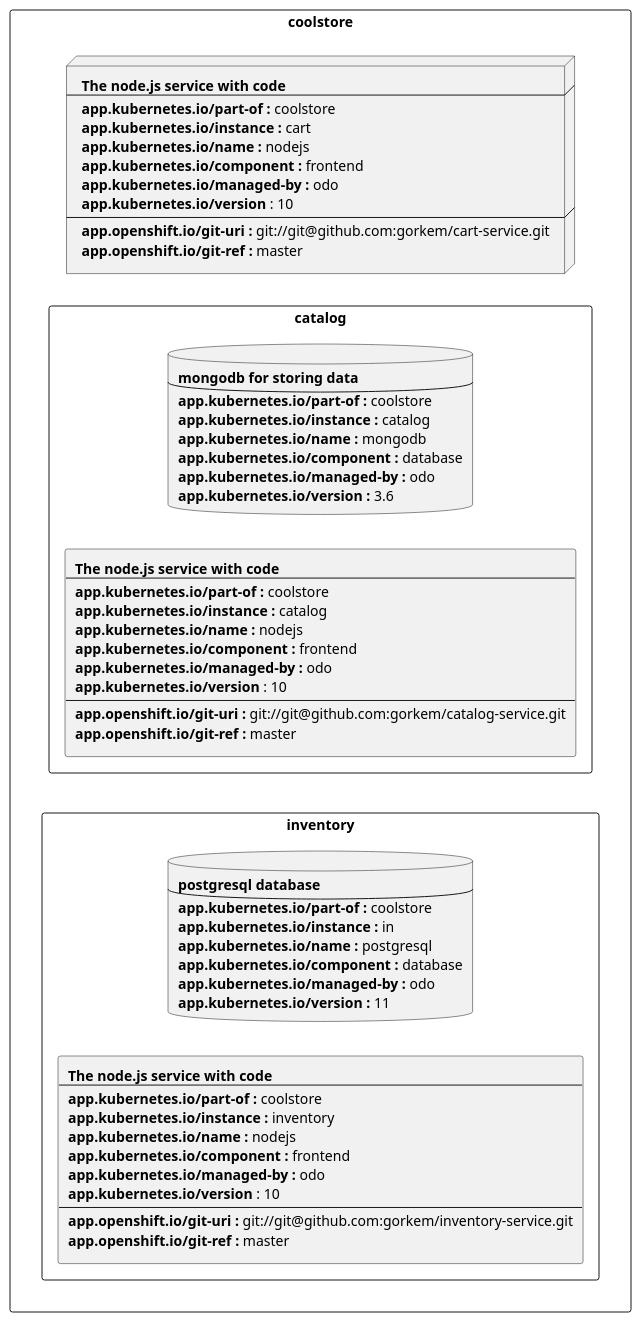
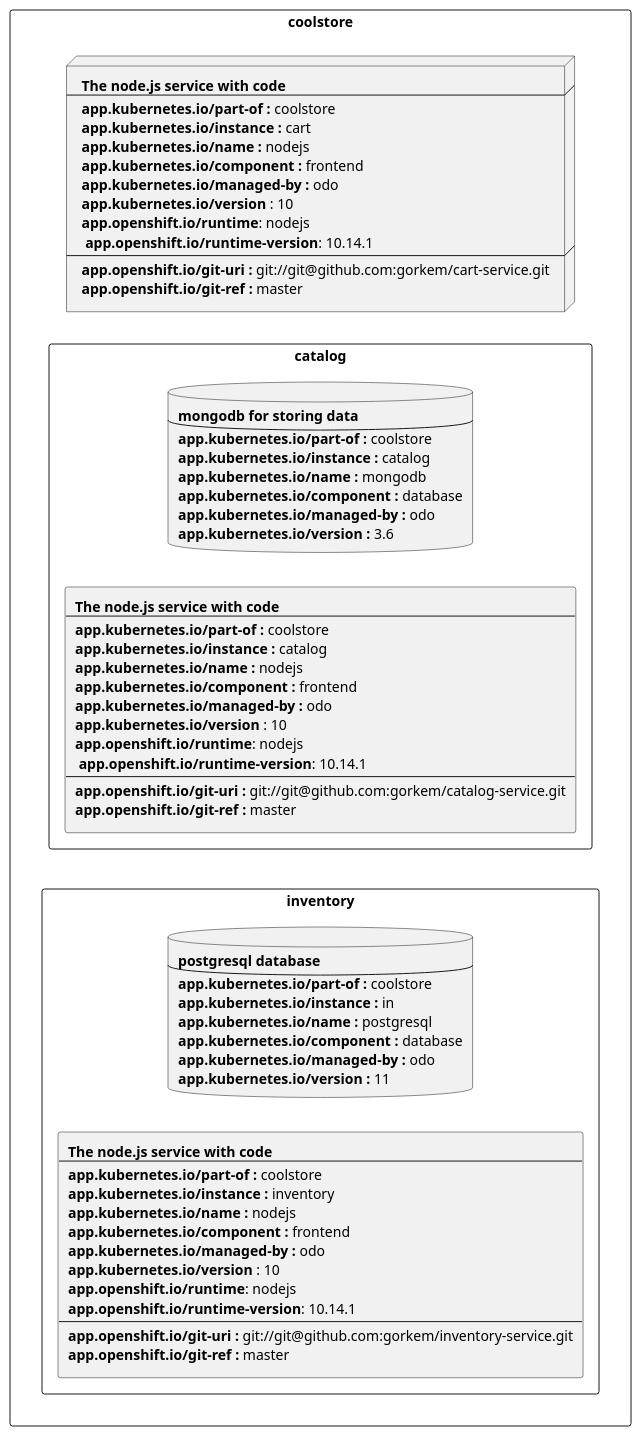
The second of 2 diagrams in labels-annotation-for-openshift.adoc (redhat-developer/app-labels), drawn with PlantUML before and after one commit. The commit also changed other lines of this file, not shown here.

```diff
--- a/labels-annotation-for-openshift.adoc
+++ b/labels-annotation-for-openshift.adoc
@@ -158,6 +170,8 @@
                     <b>app.kubernetes.io/component :</b> frontend
                     <b>app.kubernetes.io/managed-by :</b> odo
                     <b>app.kubernetes.io/version</b> : 10
+                    <b>app.openshift.io/runtime</b>: nodejs
+                    <b> app.openshift.io/runtime-version</b>: 10.14.1
                     ----
                     <b>app.openshift.io/git-uri :</b> git://git@github.com:gorkem/cart-service.git
                     <b>app.openshift.io/git-ref :</b> master
@@ -184,6 +198,8 @@
                     <b>app.kubernetes.io/component :</b> frontend
                     <b>app.kubernetes.io/managed-by :</b> odo
                     <b>app.kubernetes.io/version</b> : 10
+                    <b>app.openshift.io/runtime</b>: nodejs
+                    <b> app.openshift.io/runtime-version</b>: 10.14.1
                     ----
                     <b>app.openshift.io/git-uri :</b> git://git@github.com:gorkem/catalog-service.git
                     <b>app.openshift.io/git-ref :</b> master
@@ -211,6 +227,8 @@
                     <b>app.kubernetes.io/component :</b> frontend
                     <b>app.kubernetes.io/managed-by :</b> odo
                     <b>app.kubernetes.io/version</b> : 10
+                    <b>app.openshift.io/runtime</b>: nodejs
+                    <b>app.openshift.io/runtime-version</b>: 10.14.1
                     ----
                     <b>app.openshift.io/git-uri :</b> git://git@github.com:gorkem/inventory-service.git
                     <b>app.openshift.io/git-ref :</b> master
```
